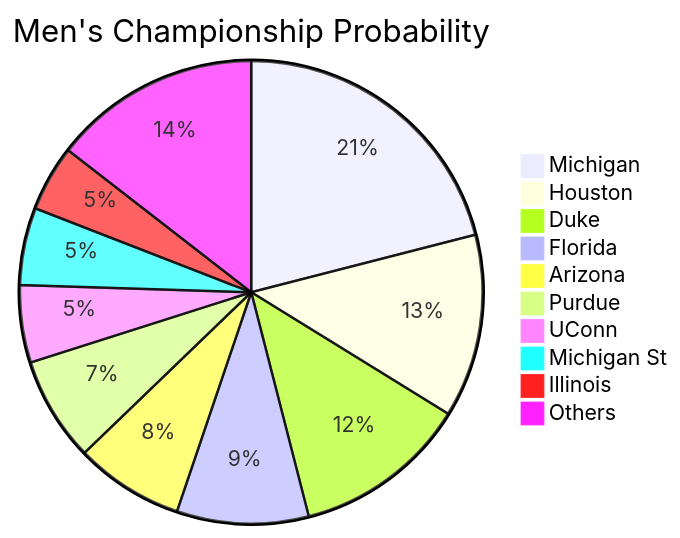
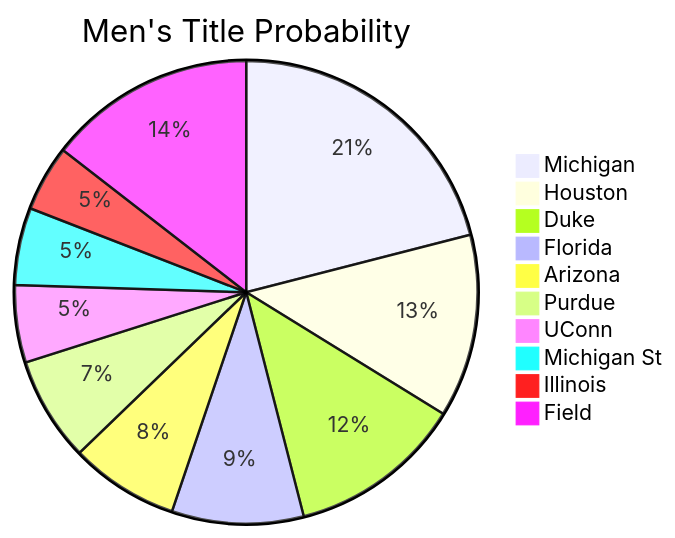
Before and after one commit to Princeu3/march-madness-2026-predictions: the first of 4 diagrams in README.md, drawn with Mermaid. The commit also changed other lines of this file and 3 other files, not shown here.

````diff
--- a/README.md
+++ b/README.md
@@ -239,13 +13,13 @@
 ```mermaid
-pie title Men's Championship Probability
+pie title Men's Title Probability
     "Michigan" : 21.0
     "Houston" : 12.8
     "Duke" : 12.2
     "Florida" : 9.2
     "Arizona" : 7.6
     "Purdue" : 7.3
     "UConn" : 5.4
     "Michigan St" : 5.4
     "Illinois" : 4.6
-    "Others" : 14.5
+    "Field" : 14.5
 ```
````
